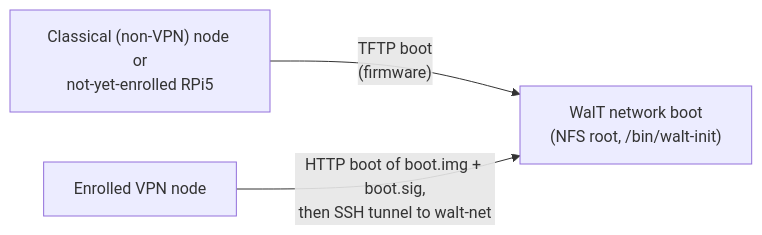
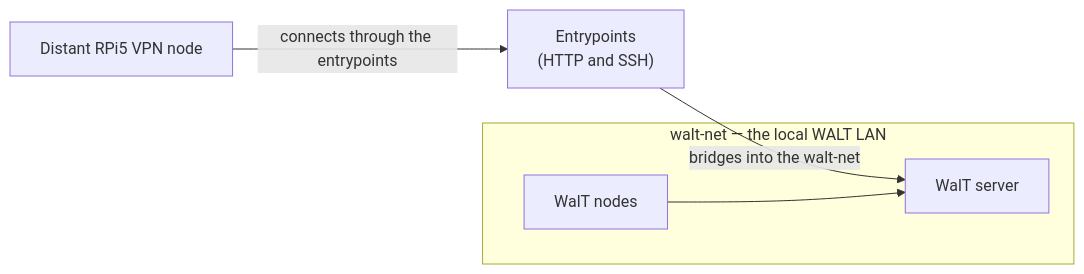
Before and after one commit to drakkar-lig/walt-python-packages: the first of 4 diagrams in vpn-boot-diagrams.md, drawn with Mermaid. The commit also changed other lines of this file, not shown here.

Commit message:
wip3 -- vpn-boot-diagrams.md

````diff
--- a/vpn-boot-diagrams.md
+++ b/vpn-boot-diagrams.md
@@ -61,5 +29,12 @@
 ```mermaid
 flowchart LR
-    A["Classical (non-VPN) node or<br/>not-yet-enrolled RPi5"] -->|"TFTP boot<br/>(firmware)"| C["WalT network boot<br/>(NFS root, /bin/walt-init)"]
-    B["Enrolled VPN node"] -->|"HTTP boot of boot.img + boot.sig,<br/>then SSH tunnel to walt-net"| C
+    subgraph WT["walt-net — the local WALT LAN"]
+        SRV["WalT server"]
+        NLOCAL["WalT nodes"]
+    end
+    NDIST["Distant RPi5 VPN node"]
+    EP["Entrypoints<br/>(HTTP and SSH)"]
+    NDIST -->|"connects through the entrypoints"| EP
+    EP -->|"bridges into the walt-net"| SRV
+    NLOCAL --> SRV
 ```
````
